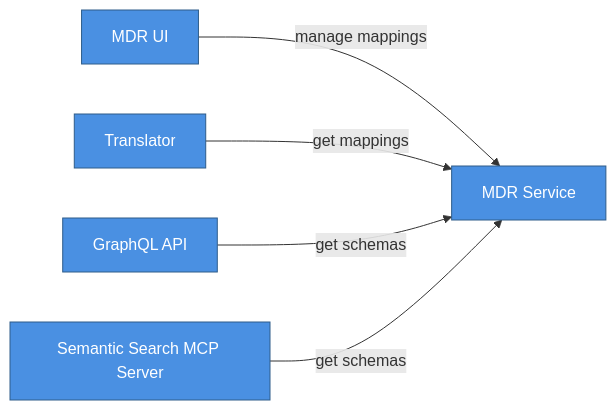
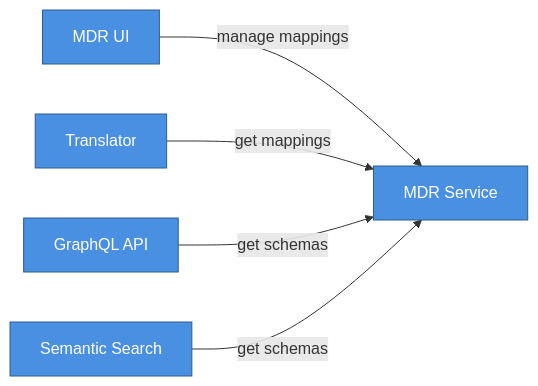
One commit to LIF-Initiative/lif-core changed the fifth of 16 diagrams in docs/lif_services_overview.md. Above: the diagram before and after it, drawn with Mermaid.

Commit message:
docs: update MDR Service diagram

````diff
--- a/docs/lif_services_overview.md
+++ b/docs/lif_services_overview.md
@@ -214,17 +214,17 @@
 ```mermaid
 graph LR
     MDRUI[MDR UI]
     MDR[MDR Service]
     Trans[Translator]
     GQL[GraphQL API]
-    MCP[Semantic Search MCP Server]
+    MCP[Semantic Search]
  
     MDRUI -->|manage mappings| MDR
     Trans -->|get mappings| MDR
     GQL -->|get schemas| MDR
     MCP -->|get schemas| MDR
     
     classDef coreStyle fill:#4A90E2,stroke:#2E5C8A,color:#fff
     
     class MDRUI,MDR,Trans,GQL,MCP coreStyle
 ```
````
